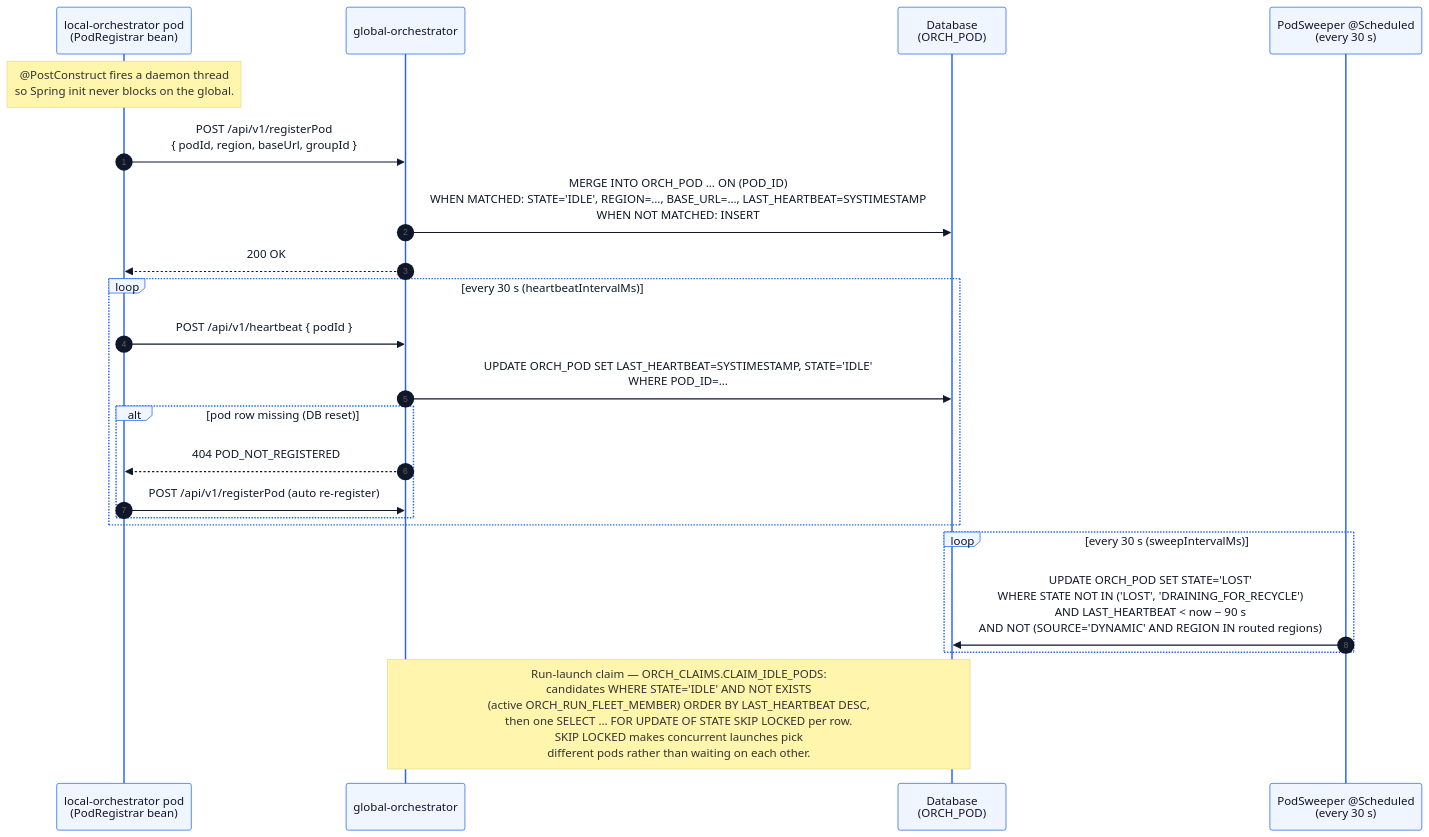
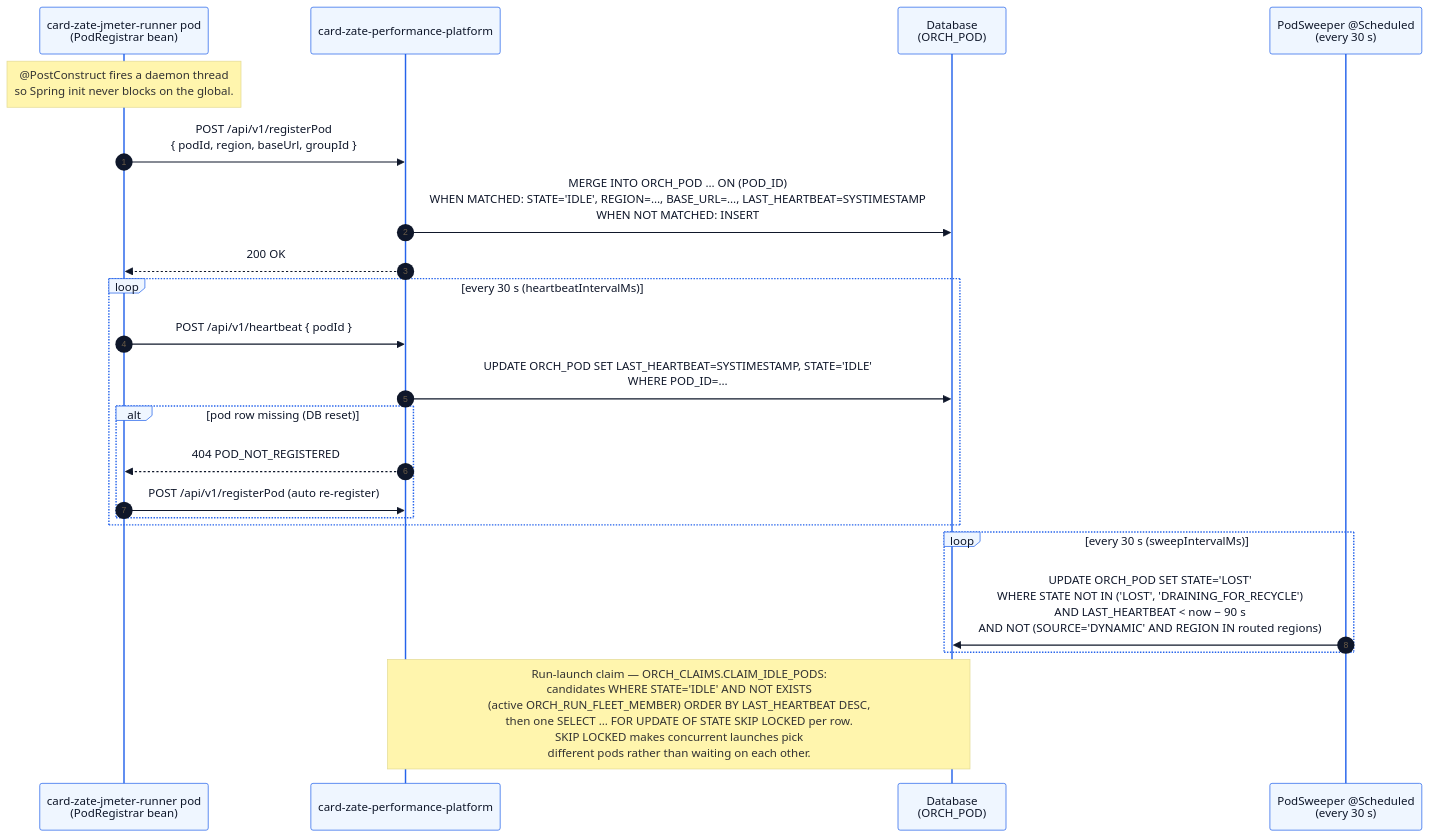
The third of 6 diagrams in docs/flowDiagrams.md (sharmakunal23/jmeter-cloud), drawn with Mermaid before and after one commit. The commit also changed other lines of this file and 11 other files, not shown here.

First line of the commit message:
Flow diagrams take the hosted card-zate-* names, and the canvas grows to hold them

````diff
--- a/docs/flowDiagrams.md
+++ b/docs/flowDiagrams.md
@@ -116,30 +116,30 @@
 ```mermaid
 %%{init: {'theme':'base','themeVariables':{'primaryColor':'#eff6ff','primaryBorderColor':'#2563eb','primaryTextColor':'#0f172a','lineColor':'#94a3b8','fontFamily':'Segoe UI, Helvetica, Arial, sans-serif'}}}%%
 sequenceDiagram
     autonumber
-    participant LO as local-orchestrator pod<br/>(PodRegistrar bean)
-    participant GO as global-orchestrator
+    participant LO as card-zate-jmeter-runner pod<br/>(PodRegistrar bean)
+    participant GO as card-zate-performance-platform
     participant DB as Database<br/>(ORCH_POD)
     participant SW as PodSweeper @Scheduled<br/>(every 30 s)
 
     Note over LO: @PostConstruct fires a daemon thread<br/>so Spring init never blocks on the global.
 
     LO->>GO: POST /api/v1/registerPod<br/>{ podId, region, baseUrl, groupId }
     GO->>DB: MERGE INTO ORCH_POD … ON (POD_ID)<br/>WHEN MATCHED: STATE='IDLE', REGION=…, BASE_URL=…, LAST_HEARTBEAT=SYSTIMESTAMP<br/>WHEN NOT MATCHED: INSERT
     GO-->>LO: 200 OK
 
     loop every 30 s (heartbeatIntervalMs)
         LO->>GO: POST /api/v1/heartbeat { podId }
         GO->>DB: UPDATE ORCH_POD SET LAST_HEARTBEAT=SYSTIMESTAMP, STATE='IDLE'<br/>WHERE POD_ID=…
         alt pod row missing (DB reset)
             GO-->>LO: 404 POD_NOT_REGISTERED
             LO->>GO: POST /api/v1/registerPod (auto re-register)
         end
     end
 
     loop every 30 s (sweepIntervalMs)
         SW->>DB: UPDATE ORCH_POD SET STATE='LOST'<br/>WHERE STATE NOT IN ('LOST', 'DRAINING_FOR_RECYCLE')<br/>AND LAST_HEARTBEAT < now − 90 s<br/>AND NOT (SOURCE='DYNAMIC' AND REGION IN routed regions)
     end
 
     Note over GO,DB: Run-launch claim — ORCH_CLAIMS.CLAIM_IDLE_PODS:<br/>candidates WHERE STATE='IDLE' AND NOT EXISTS<br/>(active ORCH_RUN_FLEET_MEMBER) ORDER BY LAST_HEARTBEAT DESC,<br/>then one SELECT … FOR UPDATE OF STATE SKIP LOCKED per row.<br/>SKIP LOCKED makes concurrent launches pick<br/>different pods rather than waiting on each other.
 ```
````
